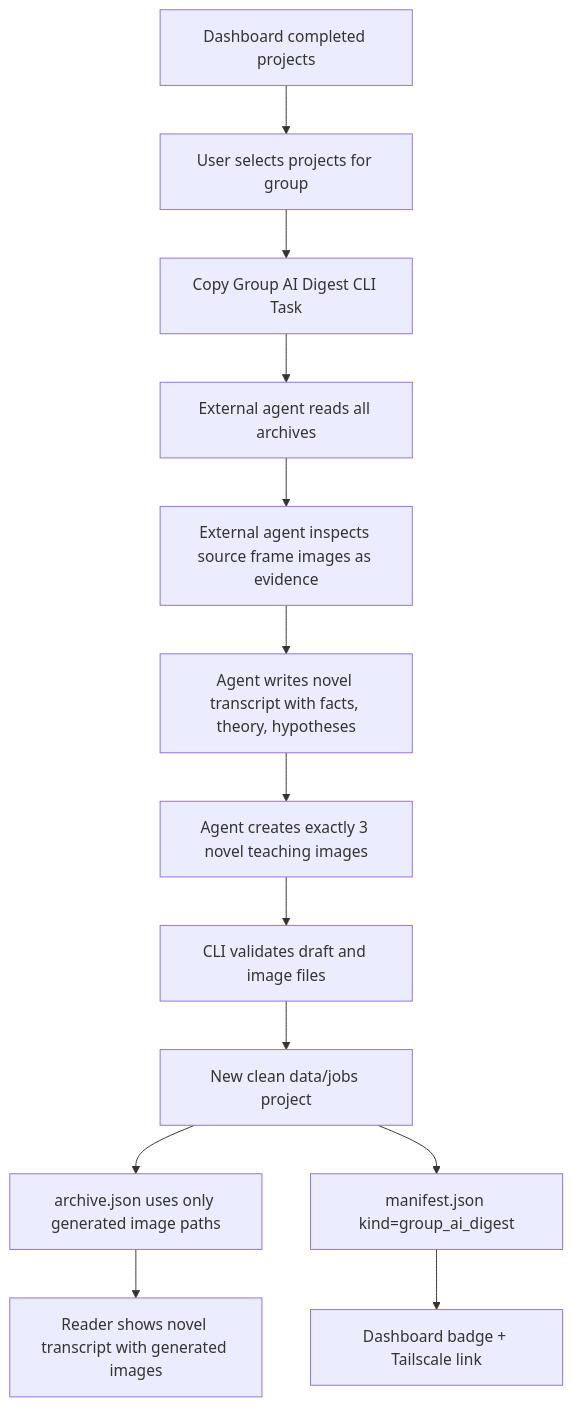
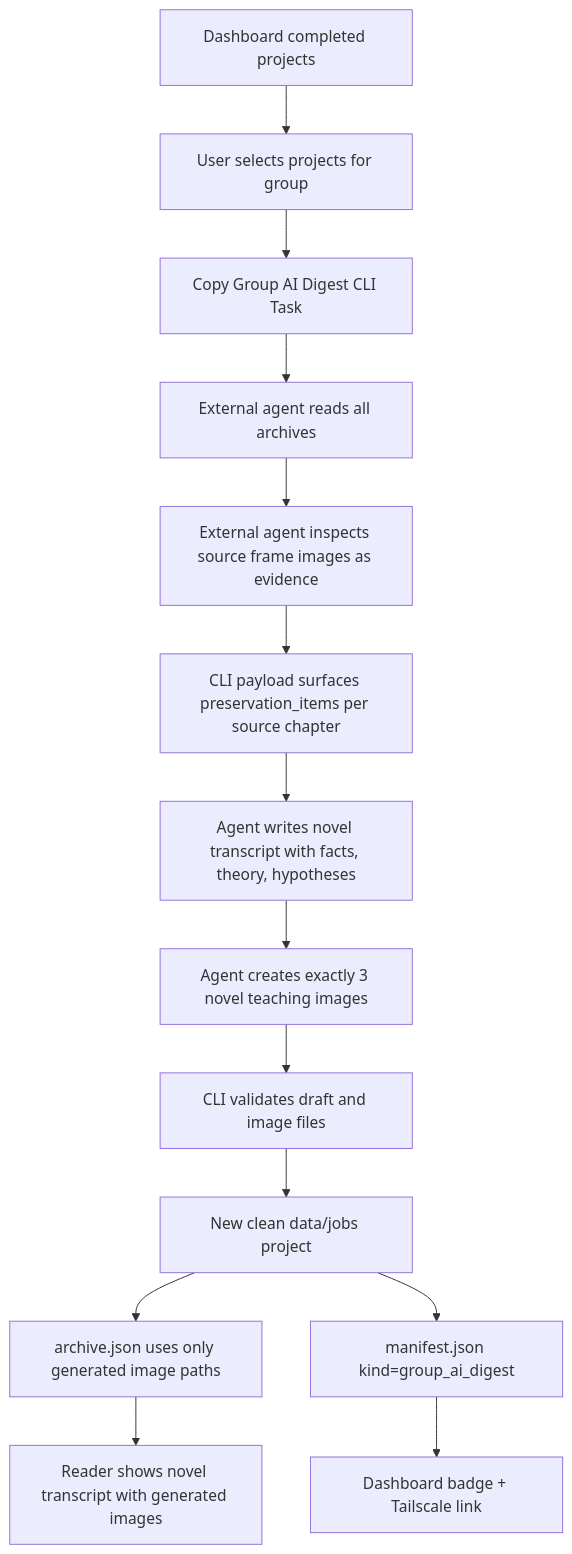
One commit to ehukaimedia/smart-youtube-reader changed the diagram in docs/playgrounds/group-ai-digest-flow.md. Above: the diagram before and after it, drawn with Mermaid. The commit also changed 6 other files, not shown here.

````diff
--- a/docs/playgrounds/group-ai-digest-flow.md
+++ b/docs/playgrounds/group-ai-digest-flow.md
@@ -3,15 +3,16 @@
 ```mermaid
 flowchart TD
     A["Dashboard completed projects"] --> B["User selects projects for group"]
     B --> C["Copy Group AI Digest CLI Task"]
     C --> D["External agent reads all archives"]
     D --> E["External agent inspects source frame images as evidence"]
-    E --> F["Agent writes novel transcript with facts, theory, hypotheses"]
+    E --> P["CLI payload surfaces preservation_items per source chapter"]
+    P --> F["Agent writes novel transcript with facts, theory, hypotheses"]
     F --> G["Agent creates exactly 3 novel teaching images"]
     G --> H["CLI validates draft and image files"]
     H --> I["New clean data/jobs project"]
     I --> J["archive.json uses only generated image paths"]
     I --> K["manifest.json kind=group_ai_digest"]
     K --> L["Dashboard badge + Tailscale link"]
     J --> M["Reader shows novel transcript with generated images"]
 ```
````
